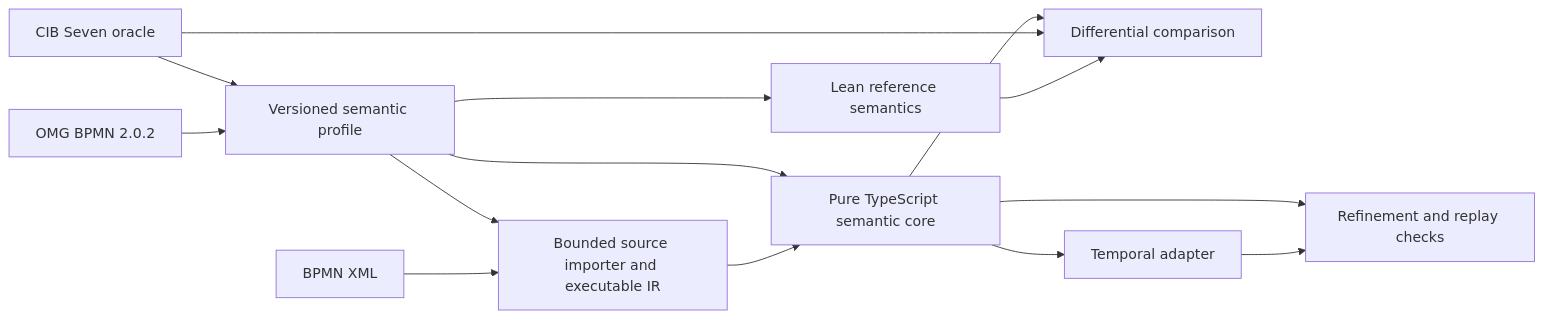
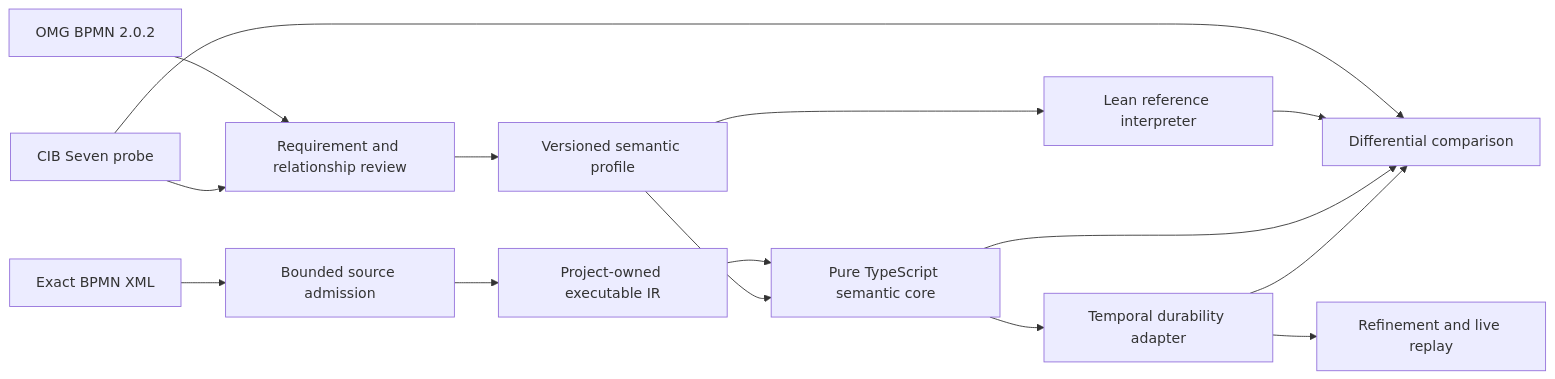
The diagram in README.md (mbackschat/bpmn-lean-experiment), drawn with Mermaid before and after one commit. The commit also changed other lines of this file and 93 other files, not shown here.

Commit message:
refactor(architecture): remove prototype compatibility paths

````diff
--- a/README.md
+++ b/README.md
@@ -37,16 +23,19 @@
 ```mermaid
 flowchart LR
-  Standard[OMG BPMN 2.0.2] --> Profile[Versioned semantic profile]
-  CIB[CIB Seven oracle] --> Profile
-  Profile --> Lean[Lean reference semantics]
-  BPMN[BPMN XML] --> Source[Bounded source importer and executable IR]
-  Profile --> Source
-  Source --> SemanticCore
-  Profile --> SemanticCore[Pure TypeScript semantic core]
-  Lean --> Diff[Differential comparison]
-  CIB --> Diff
-  SemanticCore --> Diff
-  SemanticCore --> Adapter[Temporal adapter]
-  Adapter --> Refine[Refinement and replay checks]
-  SemanticCore --> Refine
+  BPMN[OMG BPMN 2.0.2] --> Review[Requirement and relationship review]
+  CIB[CIB Seven probe] --> Review
+  Review --> Profile[Versioned semantic profile]
+  Profile --> Lean[Lean reference interpreter]
+
+  XML[Exact BPMN XML] --> Import[Bounded source admission]
+  Import --> IR[Project-owned executable IR]
+  IR --> Core[Pure TypeScript semantic core]
+  Profile --> Core
+  Core --> Temporal[Temporal durability adapter]
+
+  CIB --> Diff[Differential comparison]
+  Lean --> Diff
+  Core --> Diff
+  Temporal --> Diff
+  Temporal --> Replay[Refinement and live replay]
 ```
````
